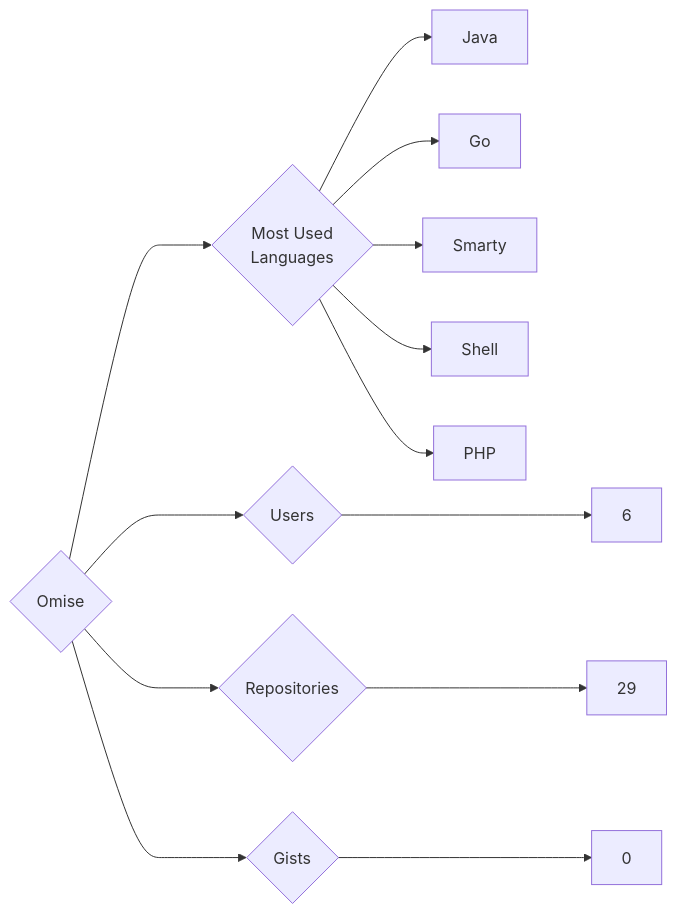
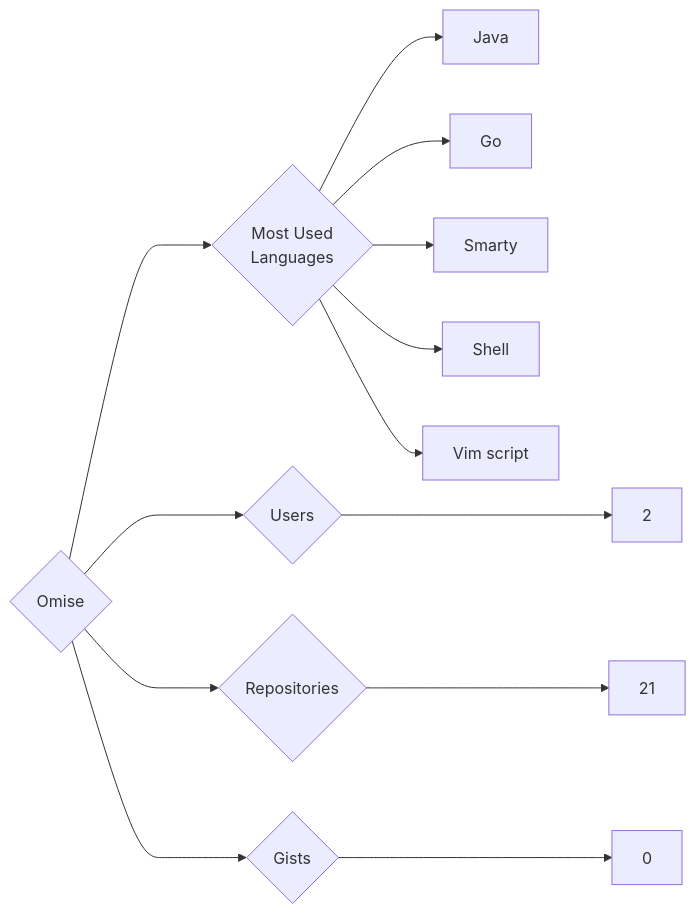
One commit to trickest/insiders changed the diagram in targets/Omise/README.md. Above: the diagram before and after it, drawn with Mermaid. The commit also changed 829 other files, not shown here.

````diff
--- a/targets/Omise/README.md
+++ b/targets/Omise/README.md
@@ -3,13 +3,13 @@
 ```mermaid
 graph LR
 COMPANY_NAME{Omise}
-COMPANY_NAME ---> U{Users} ---> UN[6]
-COMPANY_NAME ---> R{Repositories} ---> RN[29]
+COMPANY_NAME ---> U{Users} ---> UN[2]
+COMPANY_NAME ---> R{Repositories} ---> RN[21]
 COMPANY_NAME ---> G{Gists} ---> GN[0]
 COMPANY_NAME ---> ML{Most Used<br>Languages}
 ML --> Java[Java]
 ML --> Go[Go]
 ML --> Smarty[Smarty]
 ML --> Shell[Shell]
-ML --> PHP[PHP]
+ML --> Vim_script[Vim script]
 ```
````
